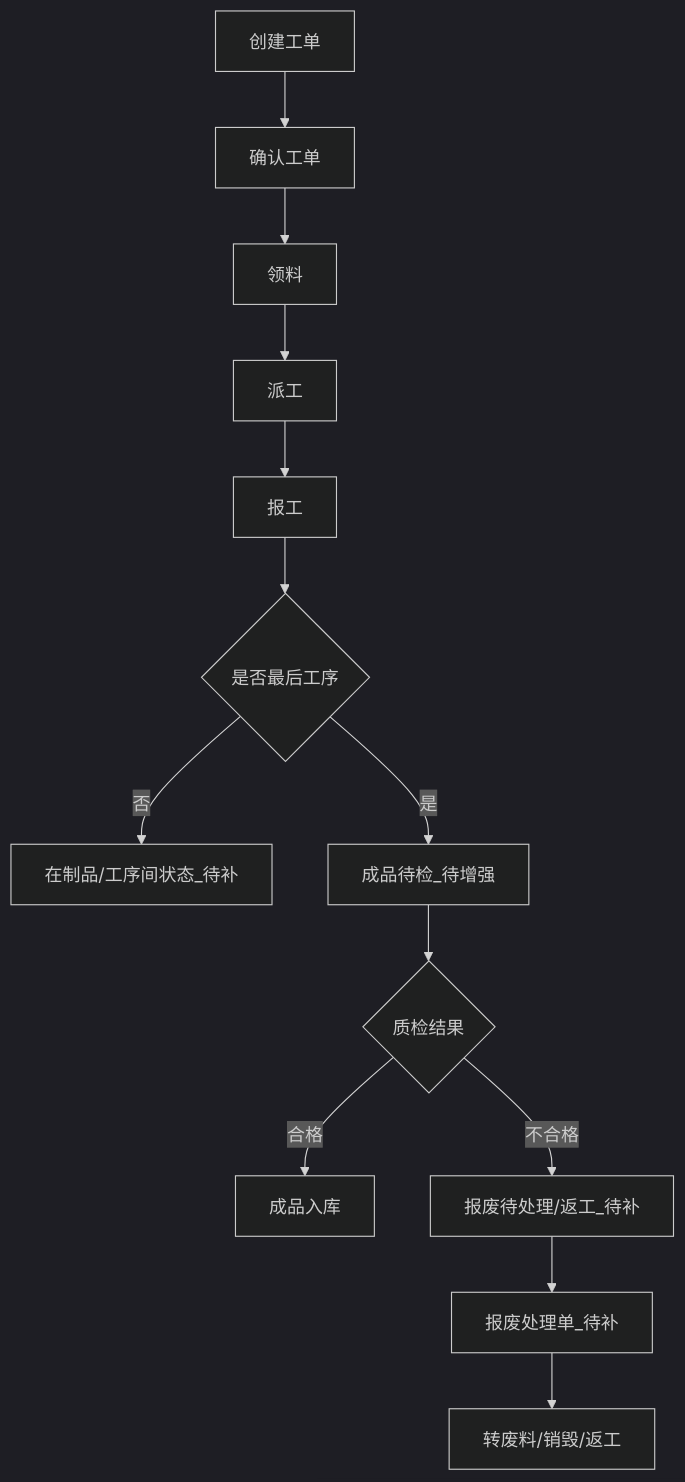
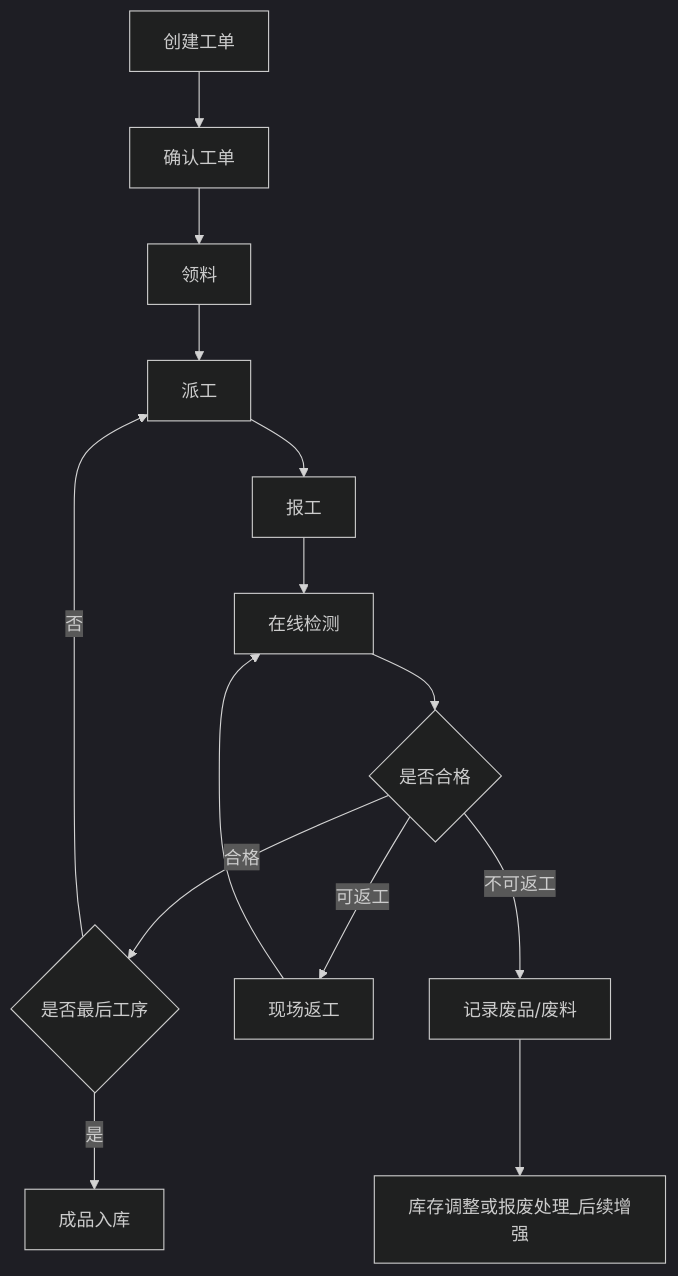
The fifth of 9 diagrams in docs/minierp/system-function-flow.md (goldf2/mes-lite), drawn with Mermaid (dark theme) before and after one commit. The commit also changed other lines of this file, not shown here.

````diff
--- a/docs/minierp/system-function-flow.md
+++ b/docs/minierp/system-function-flow.md
@@ -153,15 +156,16 @@
 ```mermaid
 flowchart TD
   A["创建工单"] --> B["确认工单"]
   B --> C["领料"]
   C --> D["派工"]
   D --> E["报工"]
-  E --> F{"是否最后工序"}
-  F -->|否| G["在制品/工序间状态_待补"]
-  F -->|是| H["成品待检_待增强"]
-  H --> I{"质检结果"}
-  I -->|合格| J["成品入库"]
-  I -->|不合格| K["报废待处理/返工_待补"]
-  K --> L["报废处理单_待补"]
-  L --> M["转废料/销毁/返工"]
+  E --> F["在线检测"]
+  F --> G{"是否合格"}
+  G -->|合格| H{"是否最后工序"}
+  G -->|可返工| I["现场返工"]
+  I --> F
+  G -->|不可返工| J["记录废品/废料"]
+  H -->|否| D
+  H -->|是| K["成品入库"]
+  J --> L["库存调整或报废处理_后续增强"]
 ```
````
